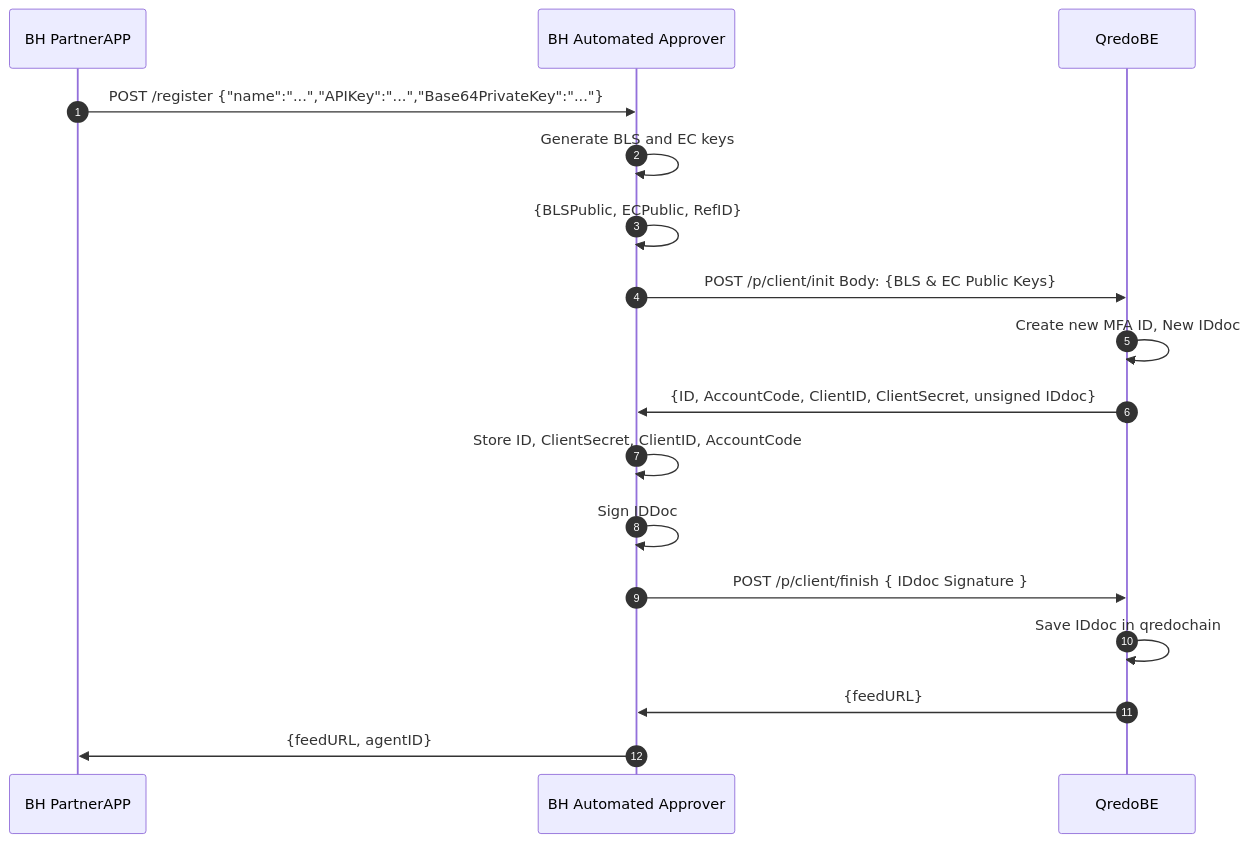
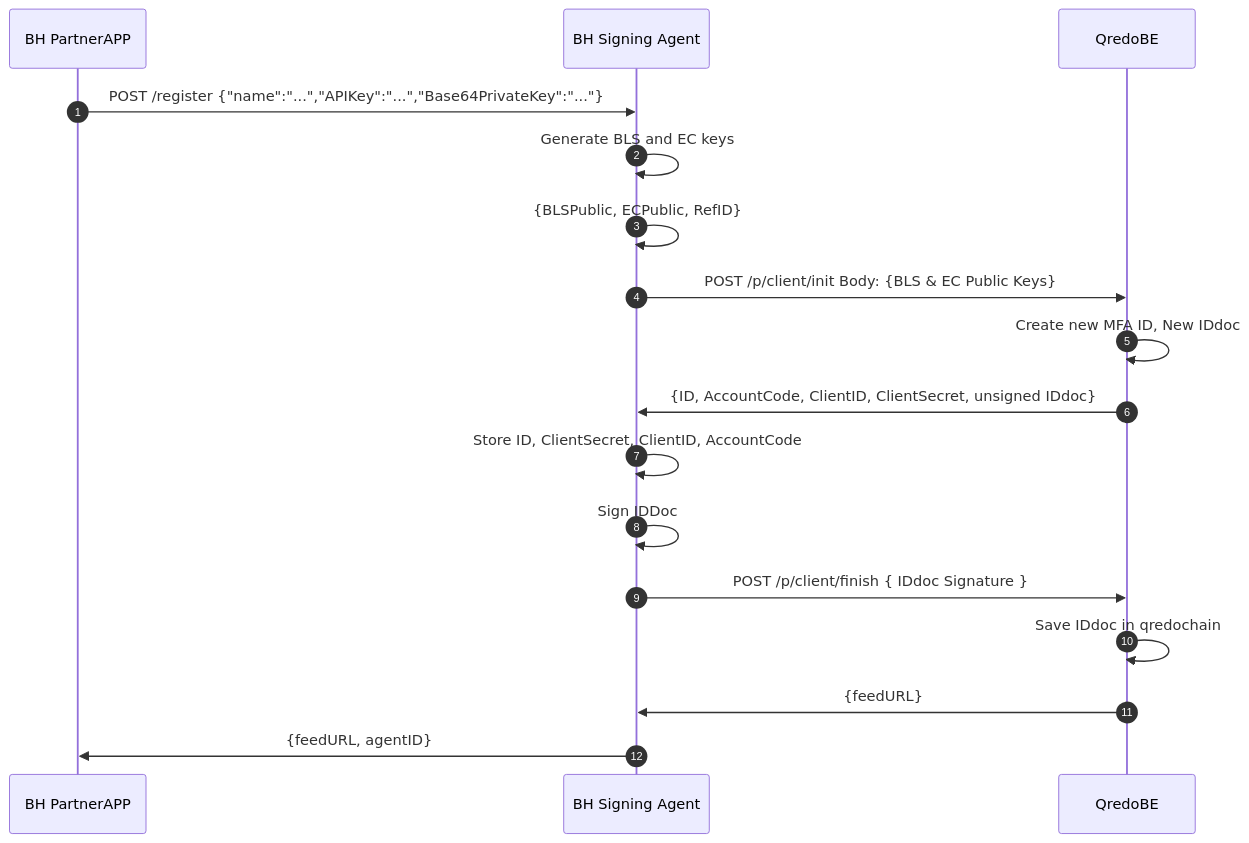
The diagram in doc/design.md (qredo/signing-agent), drawn with Mermaid before and after one commit. The commit also changed other lines of this file and 15 other files, not shown here.

Commit message:
renamed automated-approver to signing-agent

````diff
--- a/doc/design.md
+++ b/doc/design.md
@@ -6,19 +6,19 @@
 ```mermaid
 sequenceDiagram
 participant PA as BH PartnerAPP
-participant AA as BH Automated Approver
+participant AA as BH Signing Agent
 participant Q as QredoBE
 autonumber
   PA->>AA: POST /register {"name":"...","APIKey":"...","Base64PrivateKey":"..."}
   AA->>AA: Generate BLS and EC keys
   AA->>AA: {BLSPublic, ECPublic, RefID}  
   AA->>Q: POST /p/client/init Body: {BLS & EC Public Keys}
   Q->>Q: Create new MFA ID, New IDdoc
   Q->>AA: {ID, AccountCode, ClientID, ClientSecret, unsigned IDdoc}
   AA->>AA: Store ID, ClientSecret, ClientID, AccountCode
   AA->>AA: Sign IDDoc
   AA->>Q: POST /p/client/finish { IDdoc Signature }
   Q->>Q: Save IDdoc in qredochain
   Q->>AA: {feedURL}
   AA->>PA: {feedURL, agentID}
 ```
````
